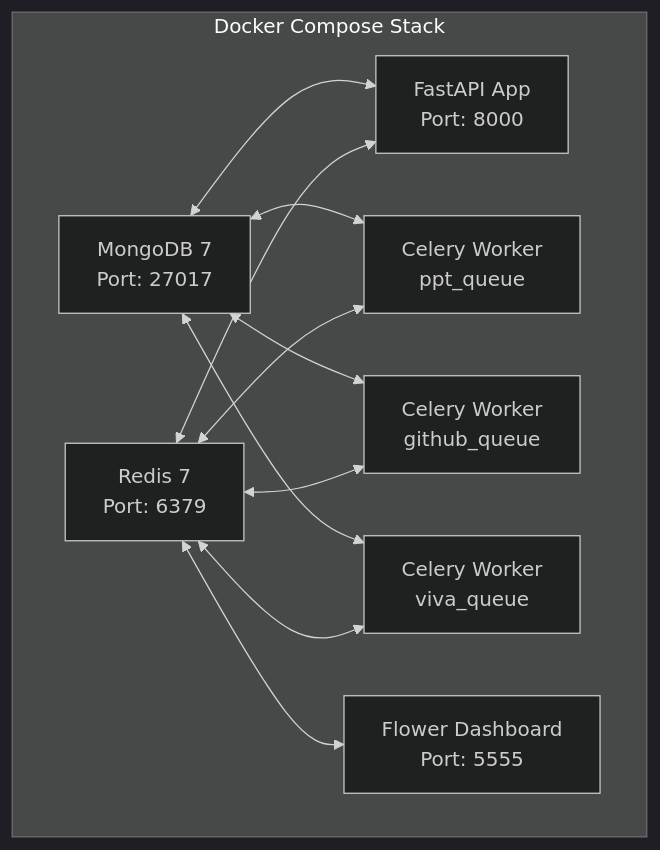
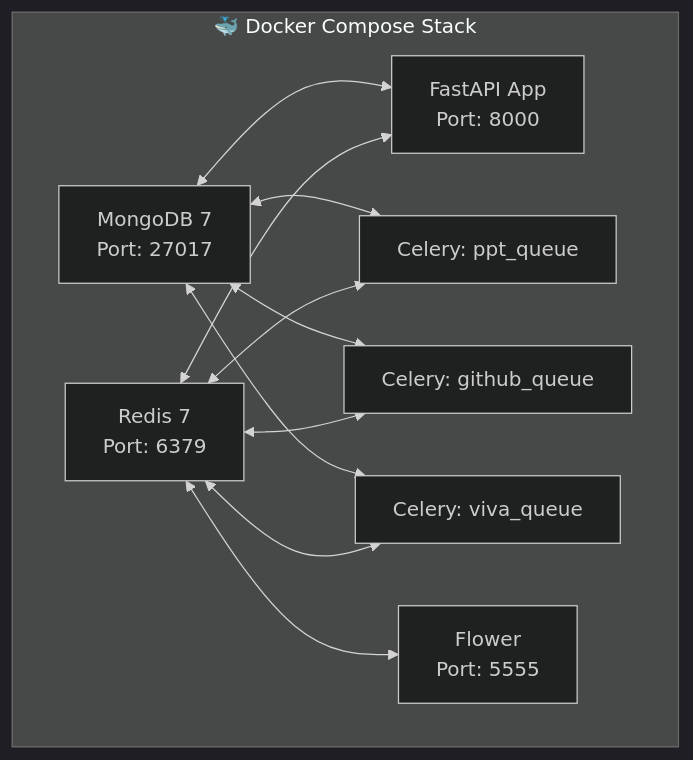
One commit to NischayJoshi/EvalX changed diagram 11 of 18 in README.md. Above: the diagram before and after it, drawn with Mermaid (dark theme). The commit also changed other lines of this file, not shown here.

````diff
--- a/README.md
+++ b/README.md
@@ -521,21 +516,25 @@
 ```mermaid
 graph TB
-    subgraph "Docker Compose Stack"
-        R[Redis 7<br/>Port: 6379]
-        M[MongoDB 7<br/>Port: 27017]
+    subgraph DOCKER["🐳 Docker Compose Stack"]
+        R["Redis 7<br/>Port: 6379"]
+        M["MongoDB 7<br/>Port: 27017"]
         
-        API[FastAPI App<br/>Port: 8000]
+        API["FastAPI App<br/>Port: 8000"]
         
-        W1[Celery Worker<br/>ppt_queue]
-        W2[Celery Worker<br/>github_queue]
-        W3[Celery Worker<br/>viva_queue]
+        W1["Celery: ppt_queue"]
+        W2["Celery: github_queue"]
+        W3["Celery: viva_queue"]
         
-        FL[Flower Dashboard<br/>Port: 5555]
+        FL["Flower<br/>Port: 5555"]
     end
     
     R <--> API
-    R <--> W1 & W2 & W3
+    R <--> W1
+    R <--> W2
+    R <--> W3
     R <--> FL
     M <--> API
-    M <--> W1 & W2 & W3
+    M <--> W1
+    M <--> W2
+    M <--> W3
 ```
````
